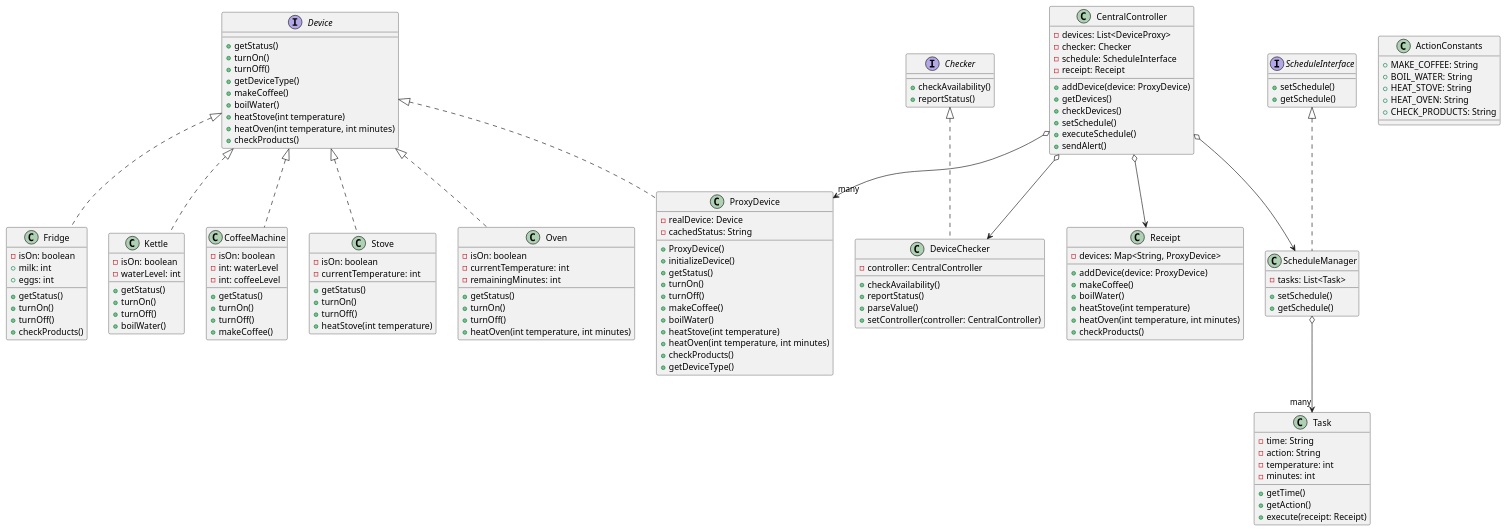
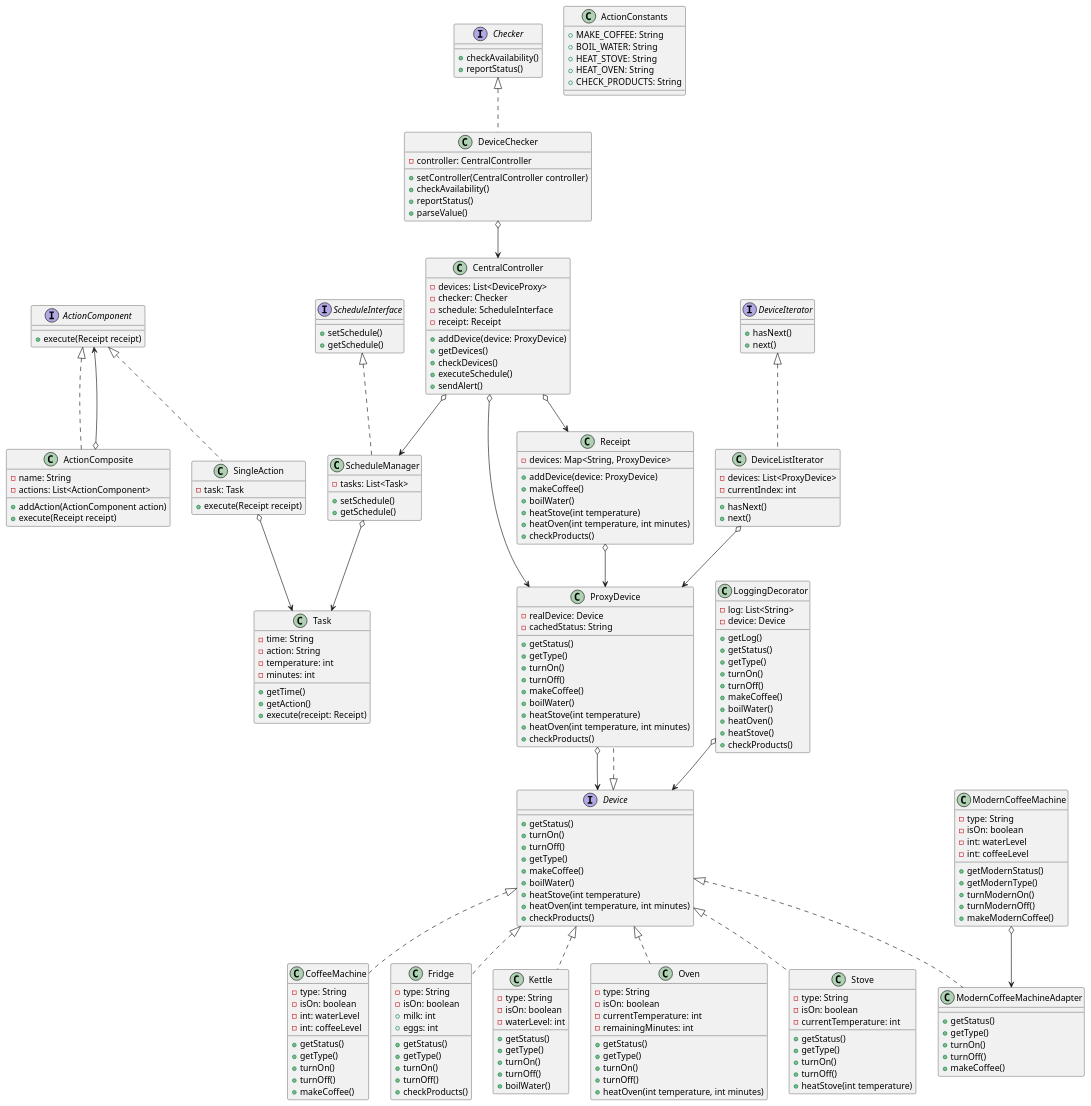
Before and after one commit to vladimir-barysh/smart_kitchen: the diagram in diagram.puml, drawn with PlantUML. The commit also changed 5 other files, not shown here.

```diff
--- a/diagram.puml
+++ b/diagram.puml
@@ -1,9 +1,57 @@
 @startuml
+interface ActionComponent {
+    +execute(Receipt receipt)
+}
+
+class ActionComposite {
+    -name: String
+    -actions: List<ActionComponent>
+    +addAction(ActionComponent action)
+    +execute(Receipt receipt)
+}
+
+class ActionConstants{
+    +MAKE_COFFEE: String
+    +BOIL_WATER: String
+    +HEAT_STOVE: String
+    +HEAT_OVEN: String
+    +CHECK_PRODUCTS: String
+}
+
+class CentralController {
+    -devices: List<DeviceProxy>
+    -checker: Checker
+    -schedule: ScheduleInterface
+    -receipt: Receipt
+    +addDevice(device: ProxyDevice)
+    +getDevices()
+    +checkDevices()
+    +executeSchedule()
+    +sendAlert()
+}
+
+interface Checker {
+    +checkAvailability()
+    +reportStatus()
+}
+
+class CoffeeMachine {
+    -type: String
+    -isOn: boolean
+    -int: waterLevel
+    -int: coffeeLevel
+    +getStatus()
+    +getType()
+    +turnOn()
+    +turnOff()
+    +makeCoffee()
+}
+
 interface Device {
     +getStatus()
     +turnOn()
     +turnOff()
-    +getDeviceType()
+    +getType()
     +makeCoffee()
     +boilWater()
     +heatStove(int temperature)
@@ -11,60 +59,101 @@
     +checkProducts()
 }
 
-class Stove {
-    -isOn: boolean
-    -currentTemperature: int
-    +getStatus()
-    +turnOn()
-    +turnOff()
-    +heatStove(int temperature)
+class DeviceChecker {
+    -controller: CentralController
+    +setController(CentralController controller)
+    +checkAvailability()
+    +reportStatus()
+    +parseValue()
 }
 
-class Oven {
-    -isOn: boolean
-    -currentTemperature: int
-    -remainingMinutes: int
-    +getStatus()
-    +turnOn()
-    +turnOff()
-    +heatOven(int temperature, int minutes)
+interface DeviceIterator {
+    +hasNext()
+    +next()
+}
+
+class DeviceListIterator {
+    -devices: List<ProxyDevice>
+    -currentIndex: int
+    +hasNext()
+    +next()
 }
 
 class Fridge {
+    -type: String
     -isOn: boolean
     +milk: int
     +eggs: int
     +getStatus()
+    +getType()
     +turnOn()
     +turnOff()
     +checkProducts()
 }
 
 class Kettle {
+    -type: String
     -isOn: boolean
     -waterLevel: int
     +getStatus()
+    +getType()
     +turnOn()
     +turnOff()
     +boilWater()
 }
 
-class CoffeeMachine {
+class LoggingDecorator {
+    -log: List<String>
+    -device: Device
+    +getLog()
+    +getStatus()
+    +getType()
+    +turnOn()
+    +turnOff()
+    +makeCoffee()
+    +boilWater()
+    +heatOven()
+    +heatStove()
+    +checkProducts()
+}
+
+class ModernCoffeeMachine {
+    -type: String
     -isOn: boolean
     -int: waterLevel
     -int: coffeeLevel
+    +getModernStatus()
+    +getModernType()
+    +turnModernOn()
+    +turnModernOff()
+    +makeModernCoffee()
+}
+
+class ModernCoffeeMachineAdapter {
     +getStatus()
+    +getType()
     +turnOn()
     +turnOff()
     +makeCoffee()
 }
 
+class Oven {
+    -type: String
+    -isOn: boolean
+    -currentTemperature: int
+    -remainingMinutes: int
+    +getStatus()
+    +getType()
+    +turnOn()
+    +turnOff()
+    +heatOven(int temperature, int minutes)
+}
+
 class ProxyDevice {
     -realDevice: Device
     -cachedStatus: String
-    +ProxyDevice()
-    +initializeDevice()
     +getStatus()
+    +getType()
     +turnOn()
     +turnOff()
     +makeCoffee()
@@ -72,20 +161,16 @@
     +heatStove(int temperature)
     +heatOven(int temperature, int minutes)
     +checkProducts()
-    +getDeviceType()
 }
 
-interface Checker {
-    +checkAvailability()
-    +reportStatus()
-}
-
-class DeviceChecker {
-    -controller: CentralController
-    +checkAvailability()
-    +reportStatus()
-    +parseValue()
-    +setController(controller: CentralController)
+class Receipt {
+    -devices: Map<String, ProxyDevice>
+    +addDevice(device: ProxyDevice)
+    +makeCoffee()
+    +boilWater()
+    +heatStove(int temperature)
+    +heatOven(int temperature, int minutes)
+    +checkProducts()
 }
 
 interface ScheduleInterface {
@@ -99,17 +184,20 @@
     +getSchedule()
 }
 
-class CentralController {
-    -devices: List<DeviceProxy>
-    -checker: Checker
-    -schedule: ScheduleInterface
-    -receipt: Receipt
-    +addDevice(device: ProxyDevice)
-    +getDevices()
-    +checkDevices()
-    +setSchedule()
-    +executeSchedule()
-    +sendAlert()
+class SingleAction {
+    -task: Task
+    +execute(Receipt receipt)
+}
+
+class Stove {
+    -type: String
+    -isOn: boolean
+    -currentTemperature: int
+    +getStatus()
+    +getType()
+    +turnOn()
+    +turnOff()
+    +heatStove(int temperature)
 }
 
 class Task {
@@ -122,35 +210,35 @@
     +execute(receipt: Receipt)
 }
 
-class Receipt {
-    -devices: Map<String, ProxyDevice>
-    +addDevice(device: ProxyDevice)
-    +makeCoffee()
-    +boilWater()
-    +heatStove(int temperature)
-    +heatOven(int temperature, int minutes)
-    +checkProducts()
-}
-
-class ActionConstants{
-    +MAKE_COFFEE: String
-    +BOIL_WATER: String
-    +HEAT_STOVE: String
-    +HEAT_OVEN: String
-    +CHECK_PRODUCTS: String
-}
 Device <|.. Stove
 Device <|.. Oven
 Device <|.. Fridge
 Device <|.. Kettle
 Device <|.. CoffeeMachine
+Device <|.. ModernCoffeeMachineAdapter
 Device <|.. ProxyDevice
-Checker <|.. DeviceChecker
-ScheduleInterface <|.. ScheduleManager
-CentralController o--> "many" ProxyDevice
-CentralController o--> DeviceChecker
+
+ModernCoffeeMachine o--> ModernCoffeeMachineAdapter
+LoggingDecorator o--> Device
+ProxyDevice o--> Device
+
+Receipt o--> ProxyDevice
+CentralController o--> ProxyDevice
 CentralController o--> ScheduleManager
 CentralController o--> Receipt
-ScheduleManager o--> "many" Task
+
+ScheduleInterface <|.. ScheduleManager
+ScheduleManager o--> Task
+
+Checker <|.. DeviceChecker
+DeviceChecker o--> CentralController
+
+DeviceIterator <|.. DeviceListIterator
+DeviceListIterator o--> ProxyDevice
+
+ActionComponent <|.. ActionComposite
+ActionComponent <|.. SingleAction
+ActionComposite o--> ActionComponent
+SingleAction o--> Task
 
 @enduml
```
